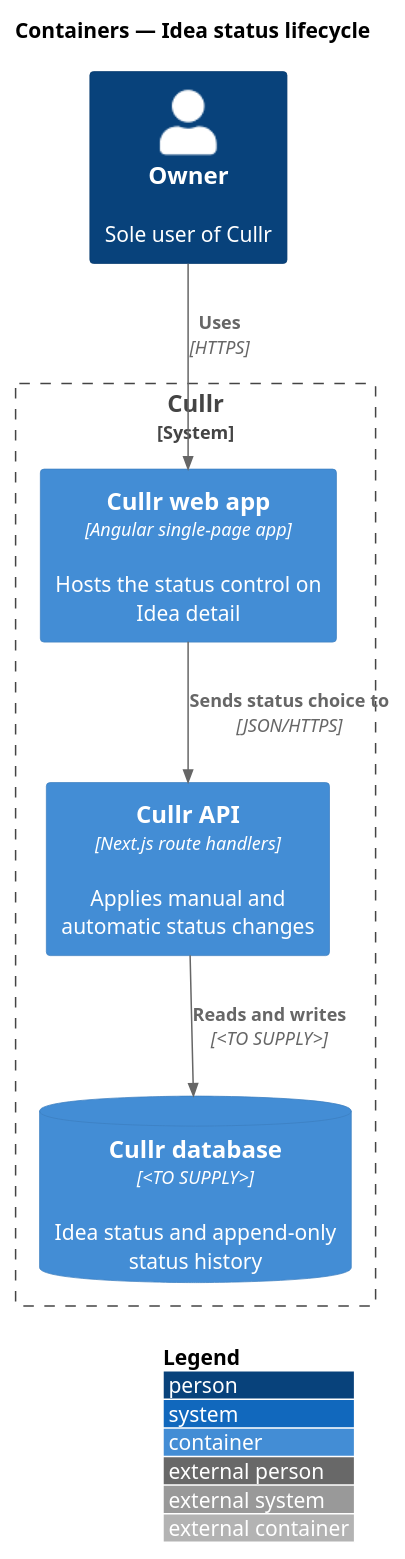
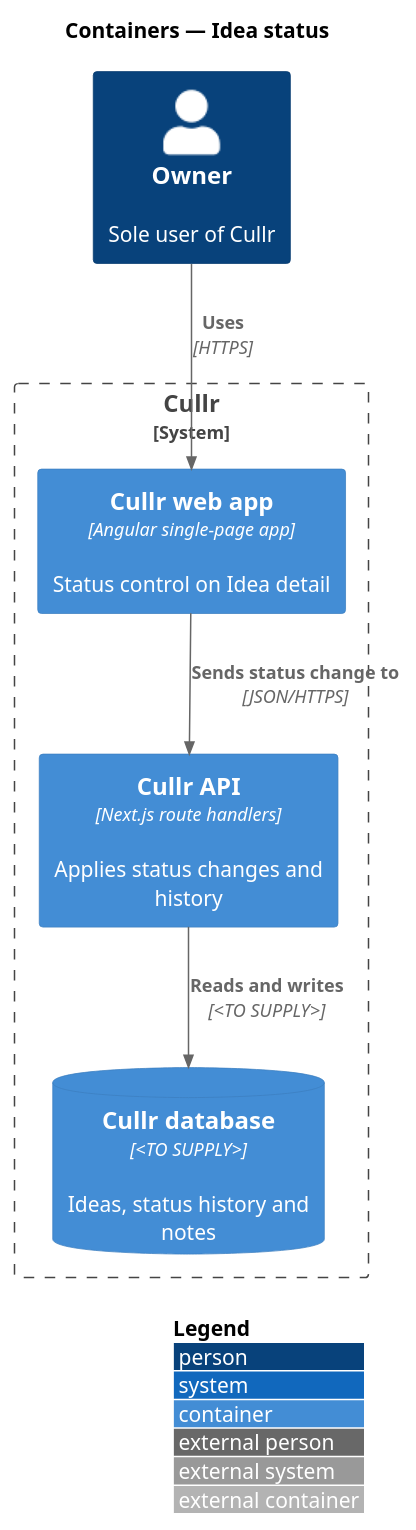
One commit to QuinntyneBrown/cullr changed the diagram in docs/detailed-designs/ideas/idea-status/diagrams/c4-container.puml. Above: the diagram before and after it, drawn with PlantUML. The commit also changed 15 other files, not shown here.

Commit message:
Add bulk-select-ideas design; revise idea-status design

```diff
--- a/docs/detailed-designs/ideas/idea-status/diagrams/c4-container.puml
+++ b/docs/detailed-designs/ideas/idea-status/diagrams/c4-container.puml
@@ -1,15 +1,16 @@
 @startuml
 !include <C4/C4_Container>
 LAYOUT_WITH_LEGEND()
-title Containers — Idea status lifecycle
+title Containers — Idea status
 
 Person(owner, "Owner", "Sole user of Cullr")
 System_Boundary(cullr, "Cullr") {
-  Container(spa, "Cullr web app", "Angular single-page app", "Hosts the status control on Idea detail")
-  Container(api, "Cullr API", "Next.js route handlers", "Applies manual and automatic status changes")
-  ContainerDb(db, "Cullr database", "<TO SUPPLY>", "Idea status and append-only status history")
+  Container(spa, "Cullr web app", "Angular single-page app", "Status control on Idea detail")
+  Container(api, "Cullr API", "Next.js route handlers", "Applies status changes and history")
+  ContainerDb(db, "Cullr database", "<TO SUPPLY>", "Ideas, status history and notes")
 }
+
 Rel(owner, spa, "Uses", "HTTPS")
-Rel(spa, api, "Sends status choice to", "JSON/HTTPS")
+Rel(spa, api, "Sends status change to", "JSON/HTTPS")
 Rel(api, db, "Reads and writes", "<TO SUPPLY>")
 @enduml
```
